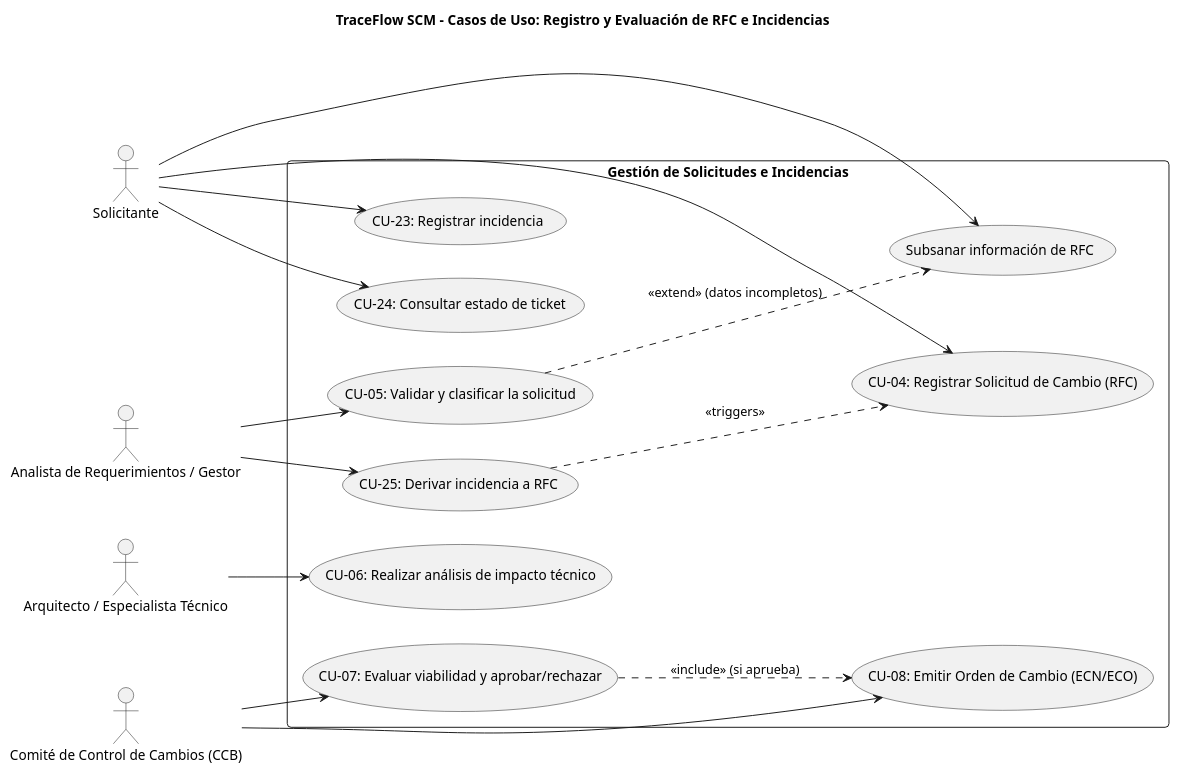
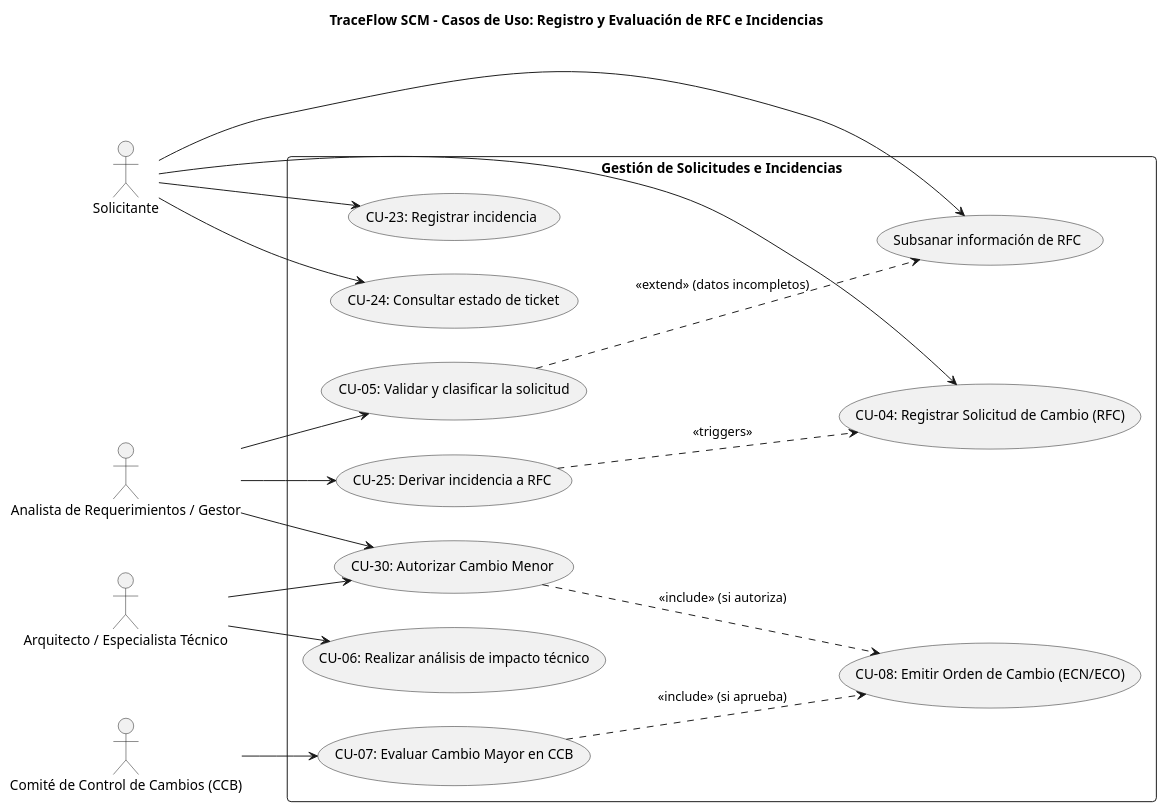
The seventh of 41 diagrams in docs/DIAGRAMS.md (JMedina255/TraceFlow), drawn with PlantUML before and after one commit. The commit also changed other lines of this file and 3 other files, not shown here.

````diff
--- a/docs/DIAGRAMS.md
+++ b/docs/DIAGRAMS.md
@@ -816,46 +888,51 @@
 ```plantuml
 @startuml
 skinparam shadowing false
 skinparam roundcorner 8
 skinparam defaultFontName Arial
 left to right direction
 
 title <b>TraceFlow SCM - Casos de Uso: Registro y Evaluación de RFC e Incidencias</b>
 
 actor "Solicitante" as ACT_SOL
 actor "Analista de Requerimientos / Gestor" as ACT_ANA
 actor "Arquitecto / Especialista Técnico" as ACT_ARQ
 actor "Comité de Control de Cambios (CCB)" as ACT_CCB
 
 rectangle "Gestión de Solicitudes e Incidencias" {
     usecase "CU-23: Registrar incidencia" as UC23
     usecase "CU-24: Consultar estado de ticket" as UC24
     usecase "CU-25: Derivar incidencia a RFC" as UC25
 
     usecase "CU-04: Registrar Solicitud de Cambio (RFC)" as UC04
     usecase "CU-05: Validar y clasificar la solicitud" as UC05
     usecase "CU-06: Realizar análisis de impacto técnico" as UC06
-    usecase "CU-07: Evaluar viabilidad y aprobar/rechazar" as UC07
+    usecase "CU-07: Evaluar Cambio Mayor en CCB" as UC07
+    usecase "CU-30: Autorizar Cambio Menor" as UC30
     usecase "CU-08: Emitir Orden de Cambio (ECN/ECO)" as UC08
 
     usecase "Subsanar información de RFC" as UC_SUBSANAR
 }
 
 ACT_SOL --> UC23
 ACT_SOL --> UC24
 ACT_ANA --> UC25
 
 UC25 ..> UC04 : <<triggers>>
 
 ACT_SOL --> UC04
 ACT_ANA --> UC05
 UC05 ..> UC_SUBSANAR : <<extend>> (datos incompletos)
 ACT_SOL --> UC_SUBSANAR
 
 ACT_ARQ --> UC06
+
+' Evaluación y Decisión: Ruta Mayor (CCB) vs Menor (Delegada)
 ACT_CCB --> UC07
-ACT_CCB --> UC08
+UC07 ..> UC08 : <<include>> (si aprueba)
 
-UC07 ..> UC08 : <<include>> (si aprueba)
+ACT_ANA --> UC30
+ACT_ARQ --> UC30
+UC30 ..> UC08 : <<include>> (si autoriza)
 @enduml
 ```
````
